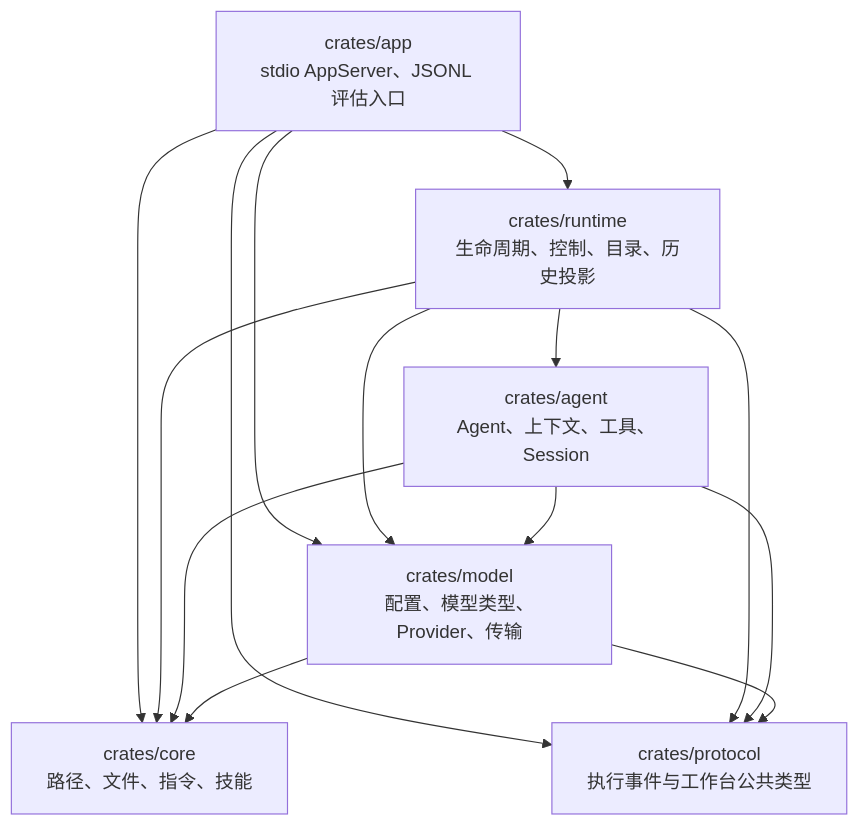
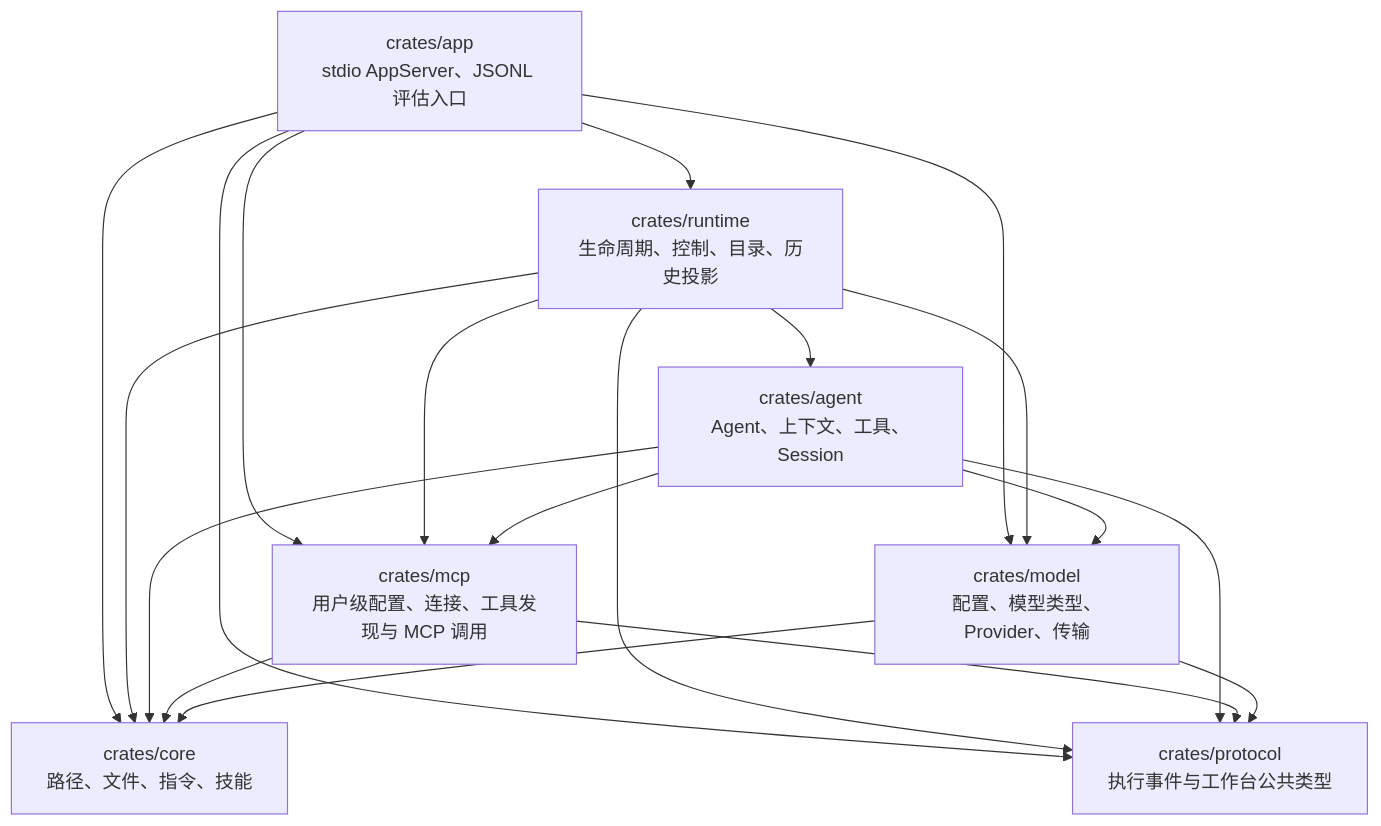
One commit to qjcnmd/singularity-agent changed the second of 29 diagrams in docs/architecture.md. Above: the diagram before and after it, drawn with Mermaid. The commit also changed other lines of this file and 41 other files, not shown here.

````diff
--- a/docs/architecture.md
+++ b/docs/architecture.md
@@ -56,16 +56,21 @@
 ```mermaid
 flowchart TB
     App["crates/app<br/>stdio AppServer、JSONL 评估入口"] --> Runtime["crates/runtime<br/>生命周期、控制、目录、历史投影"]
     App --> Model["crates/model<br/>配置、模型类型、Provider、传输"]
     App --> Core["crates/core<br/>路径、文件、指令、技能"]
     App --> Protocol["crates/protocol<br/>执行事件与工作台公共类型"]
     Runtime --> Agent["crates/agent<br/>Agent、上下文、工具、Session"]
     Runtime --> Model
     Runtime --> Core
     Runtime --> Protocol
     Agent --> Model
     Agent --> Core
     Agent --> Protocol
+    App --> MCP["crates/mcp<br/>用户级配置、连接、工具发现与 MCP 调用"]
+    Runtime --> MCP
+    Agent --> MCP
+    MCP --> Core
+    MCP --> Protocol
     Model --> Core
     Model --> Protocol
 ```
````
